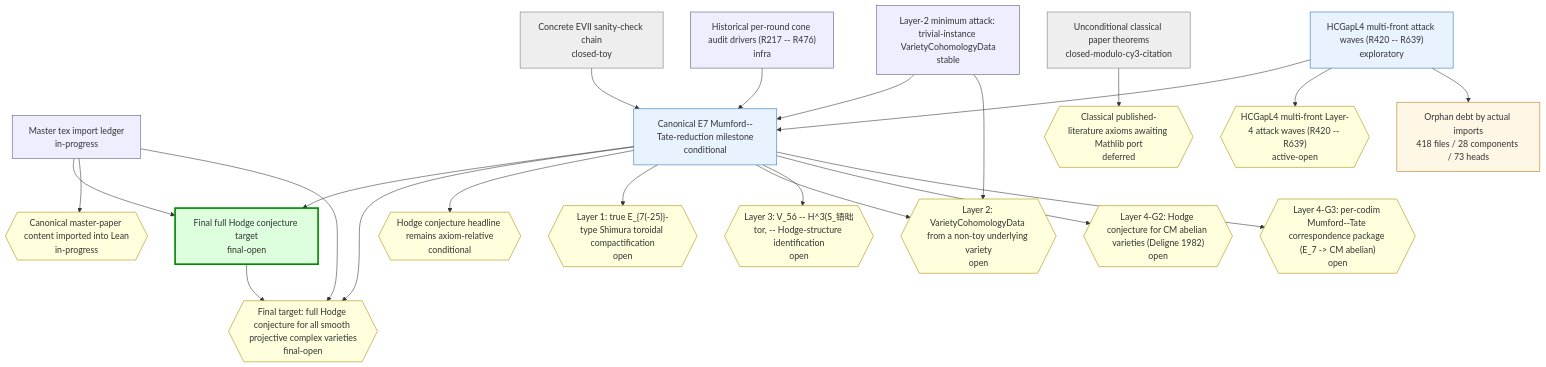
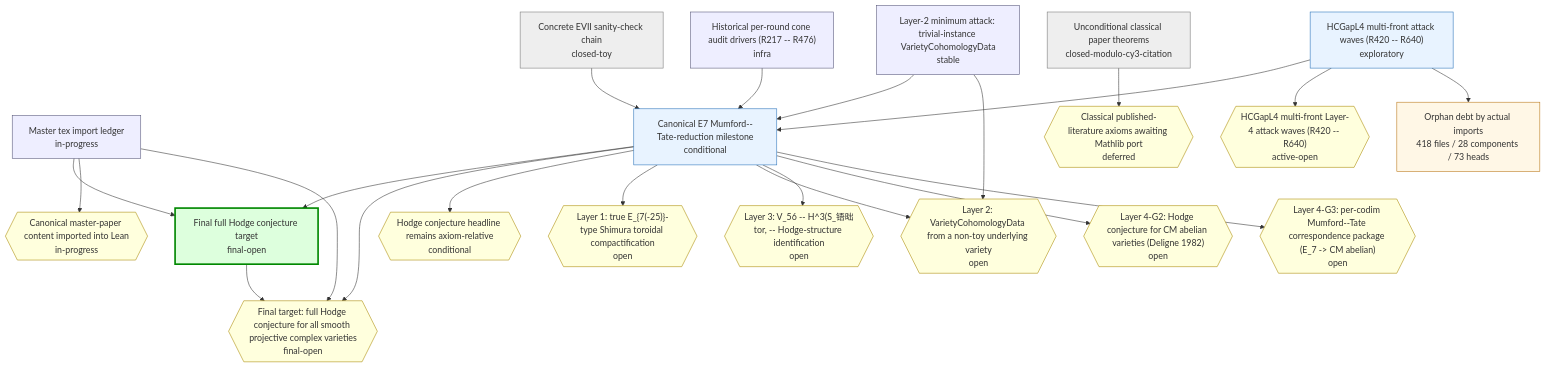
Before and after one commit to crabsatellite/hodge-conjecture-lean4-formalization: the first of 2 diagrams in chain-status/research-map.md, drawn with Mermaid. The commit also changed other lines of this file and 7 other files, not shown here.

````diff
--- a/chain-status/research-map.md
+++ b/chain-status/research-map.md
@@ -46,54 +46,54 @@
 ```mermaid
 graph TD
   classDef main fill:#dfd,stroke:#080,stroke-width:3px
   classDef active fill:#e8f3ff,stroke:#2670b8
   classDef support fill:#eef,stroke:#557
   classDef closed fill:#eee,stroke:#777
   classDef dead fill:#fdd,stroke:#a00,stroke-width:2px
   classDef gapOpen fill:#ffd,stroke:#a80
   classDef gapClosed fill:#eee,stroke:#777
   classDef gapDead fill:#fdd,stroke:#a00
   classDef debt fill:#fff7e6,stroke:#b87514
   classDef debtTaxonomy fill:#e8f3ff,stroke:#2670b8,stroke-dasharray:3 3
   classDef debtRule fill:#eefbea,stroke:#398439,stroke-dasharray:3 3
   classDef debtDead fill:#fdd,stroke:#a00,stroke-dasharray:3 3
   chain_full_hc_final_target["Final full Hodge conjecture target\nfinal-open"]:::main
   chain_master_paper_import_ledger["Master tex import ledger\nin-progress"]:::support
   chain_main_hc_axiom_relative["Canonical E7 Mumford--Tate-reduction milestone\nconditional"]:::active
   chain_unconditional_classical["Unconditional classical paper theorems\nclosed-modulo-cy3-citation"]:::closed
   chain_hcgap_l2_trivial_instances["Layer-2 minimum attack: trivial-instance VarietyCohomologyData\nstable"]:::support
-  chain_hcgap_l4_multifront_active["HCGapL4 multi-front attack waves (R420 -- R639)\nexploratory"]:::active
+  chain_hcgap_l4_multifront_active["HCGapL4 multi-front attack waves (R420 -- R640)\nexploratory"]:::active
   chain_concrete_evii_toy["Concrete EVII sanity-check chain\nclosed-toy"]:::closed
   chain_historical_cone_audits["Historical per-round cone audit drivers (R217 -- R476)\ninfra"]:::support
   gap_G_full_hc{{"Final target: full Hodge conjecture for all smooth projective complex varieties\nfinal-open"}}:::gapOpen
   gap_G_master_paper_import{{"Canonical master-paper content imported into Lean\nin-progress"}}:::gapOpen
   gap_G_main_hc{{"Hodge conjecture headline remains axiom-relative\nconditional"}}:::gapOpen
   gap_G_l1_e7_shimura_tor{{"Layer 1: true E_{7(-25)}-type Shimura toroidal compactification\nopen"}}:::gapOpen
   gap_G_l2_cohomology_construction{{"Layer 2: VarietyCohomologyData from a non-toy underlying variety\nopen"}}:::gapOpen
   gap_G_l3_v56_mt_identification{{"Layer 3: V_56 -- H^3(S_铻昢tor, -- Hodge-structure identification\nopen"}}:::gapOpen
   gap_G_l4_cm_abelian_hc{{"Layer 4-G2: Hodge conjecture for CM abelian varieties (Deligne 1982)\nopen"}}:::gapOpen
   gap_G_l4_mt_correspondence{{"Layer 4-G3: per-codim Mumford--Tate correspondence package (E_7 -> CM abelian)\nopen"}}:::gapOpen
   gap_G_classical_mathlib_port{{"Classical published-literature axioms awaiting Mathlib port\ndeferred"}}:::gapOpen
-  gap_G_hcgap_l4_multifront{{"HCGapL4 multi-front Layer-4 attack waves (R420 -- R639)\nactive-open"}}:::gapOpen
+  gap_G_hcgap_l4_multifront{{"HCGapL4 multi-front Layer-4 attack waves (R420 -- R640)\nactive-open"}}:::gapOpen
   chain_full_hc_final_target --> gap_G_full_hc
   chain_master_paper_import_ledger --> chain_full_hc_final_target
   chain_master_paper_import_ledger --> gap_G_master_paper_import
   chain_master_paper_import_ledger --> gap_G_full_hc
   chain_main_hc_axiom_relative --> chain_full_hc_final_target
   chain_main_hc_axiom_relative --> gap_G_full_hc
   chain_main_hc_axiom_relative --> gap_G_main_hc
   chain_main_hc_axiom_relative --> gap_G_l1_e7_shimura_tor
   chain_main_hc_axiom_relative --> gap_G_l2_cohomology_construction
   chain_main_hc_axiom_relative --> gap_G_l3_v56_mt_identification
   chain_main_hc_axiom_relative --> gap_G_l4_cm_abelian_hc
   chain_main_hc_axiom_relative --> gap_G_l4_mt_correspondence
   chain_unconditional_classical --> gap_G_classical_mathlib_port
   chain_hcgap_l2_trivial_instances --> chain_main_hc_axiom_relative
   chain_hcgap_l2_trivial_instances --> gap_G_l2_cohomology_construction
   chain_hcgap_l4_multifront_active --> chain_main_hc_axiom_relative
   chain_hcgap_l4_multifront_active --> gap_G_hcgap_l4_multifront
   chain_concrete_evii_toy --> chain_main_hc_axiom_relative
   chain_historical_cone_audits --> chain_main_hc_axiom_relative
   debt_all["Orphan debt by actual imports\n418 files / 28 components / 73 heads"]:::debt
   chain_hcgap_l4_multifront_active --> debt_all
 ```
````
